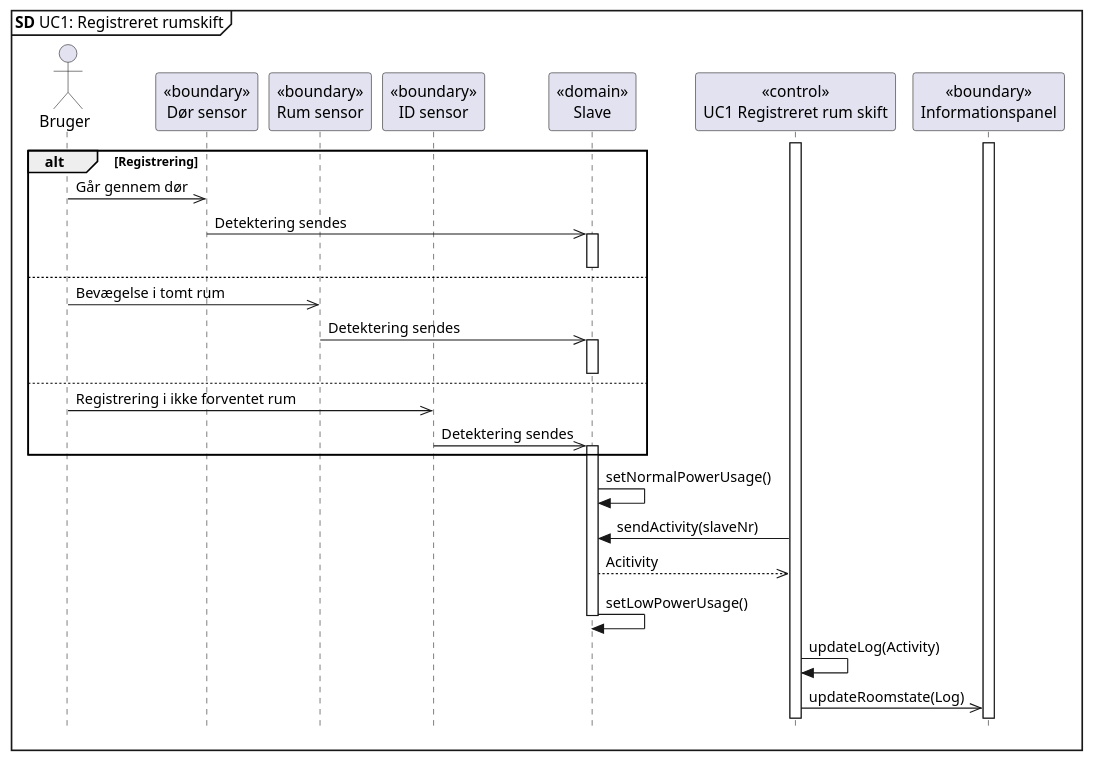
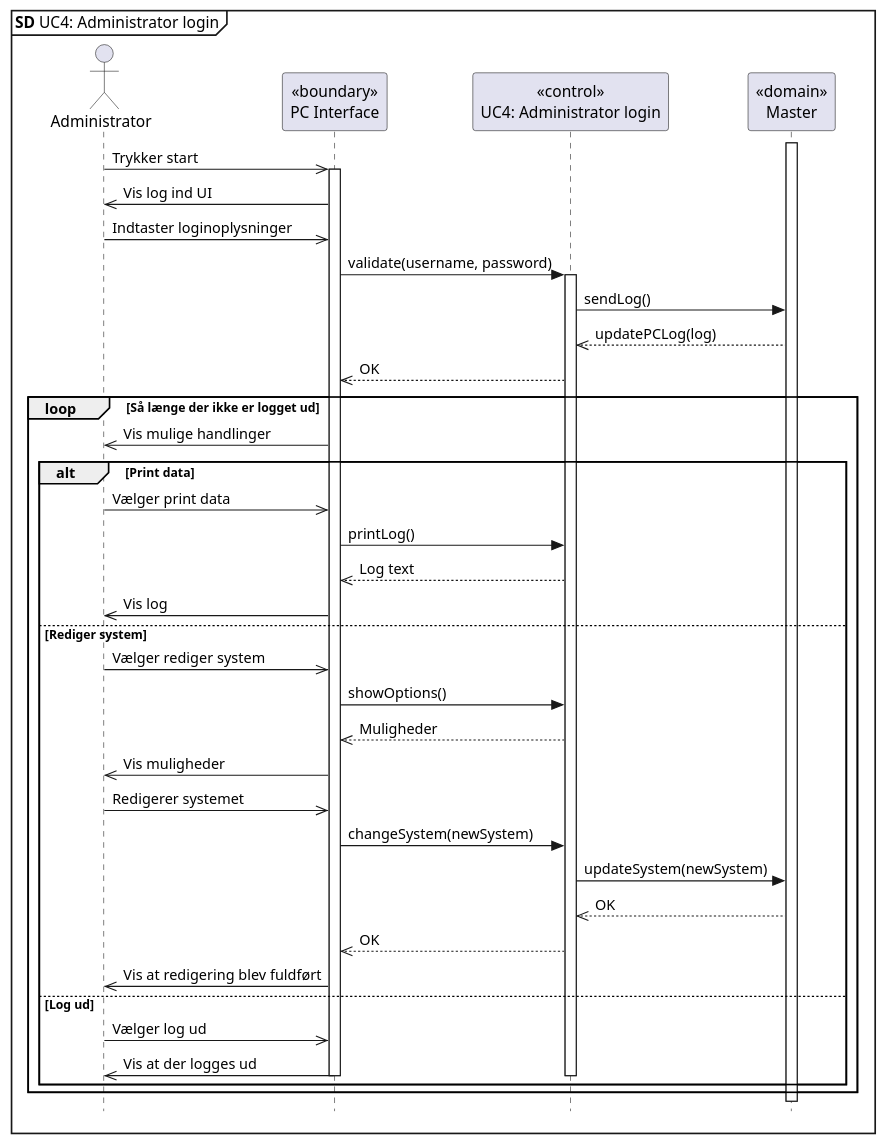
The diagram in SysML/UC4 SD.puml (Tukkel/Projekt_2), drawn with PlantUML before and after one commit. The commit also changed 2 other files, not shown here.

```diff
--- a/SysML/UC4 SD.puml
+++ b/SysML/UC4 SD.puml
@@ -1,38 +1,46 @@
-@startuml UC1 SD
+@startuml UC4 SD
 skinparam style strictuml
 
-mainframe **SD** UC1: Registreret rumskift
+mainframe **SD** UC4: Administrator login
 
-actor       Bruger      as bruger
-participant "<<boundary>>\nDør sensor" as dør
-participant "<<boundary>>\nRum sensor" as rum
-participant "<<boundary>>\nID sensor" as ID
-participant "<<domain>>\nSlave" as slave
-participant "<<control>>\nUC1 Registreret rum skift" as master
-participant "<<boundary>>\nInformationspanel" as panel
+actor       Administrator      as admin
+participant "<<boundary>>\nPC Interface" as UI
+participant "<<control>>\nUC4: Administrator login" as PC
+participant "<<domain>>\nMaster" as master
 
 activate master
-activate panel
-alt Registrering
-bruger ->> dør : Går gennem dør
-dør ->> slave : Detektering sendes
-activate slave
-else
-deactivate slave
-bruger ->> rum : Bevægelse i tomt rum
-rum ->> slave : Detektering sendes
-activate slave
-else
-deactivate slave
-bruger ->> ID : Registrering i ikke forventet rum
-ID ->> slave : Detektering sendes
-activate slave
+admin ->> UI : Trykker start
+activate UI
+admin <<- UI : Vis log ind UI
+admin ->> UI : Indtaster loginoplysninger
+UI -> PC : validate(username, password)
+activate PC
+PC -> master : sendLog()
+PC <<-- master : updatePCLog(log)
+UI <<-- PC : OK
+loop Så længe der ikke er logget ud
+admin <<- UI : Vis mulige handlinger
+alt Print data
+admin ->> UI : Vælger print data
+UI -> PC : printLog()
+UI <<-- PC : Log text
+admin <<- UI : Vis log
+else Rediger system
+admin ->> UI : Vælger rediger system
+UI -> PC : showOptions()
+UI <<-- PC : Muligheder
+admin <<- UI : Vis muligheder
+admin ->> UI : Redigerer systemet
+UI -> PC : changeSystem(newSystem)
+PC -> master : updateSystem(newSystem)
+PC <<-- master : OK
+UI <<-- PC : OK
+admin <<- UI : Vis at redigering blev fuldført
+else Log ud
+admin ->> UI : Vælger log ud
+admin <<- UI : Vis at der logges ud
+deactivate PC
+deactivate UI
 end
-slave -> slave : setNormalPowerUsage()
-master -> slave : sendActivity(slaveNr)
-slave -->> master : Acitivity
-slave -> slave : setLowPowerUsage()
-deactivate slave
-master -> master : updateLog(Activity)
-master ->> panel : updateRoomstate(Log)
+end
 @enduml
```
